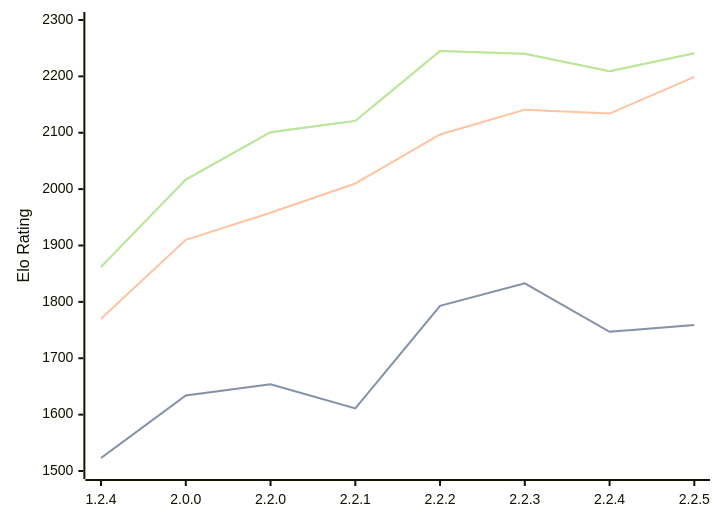
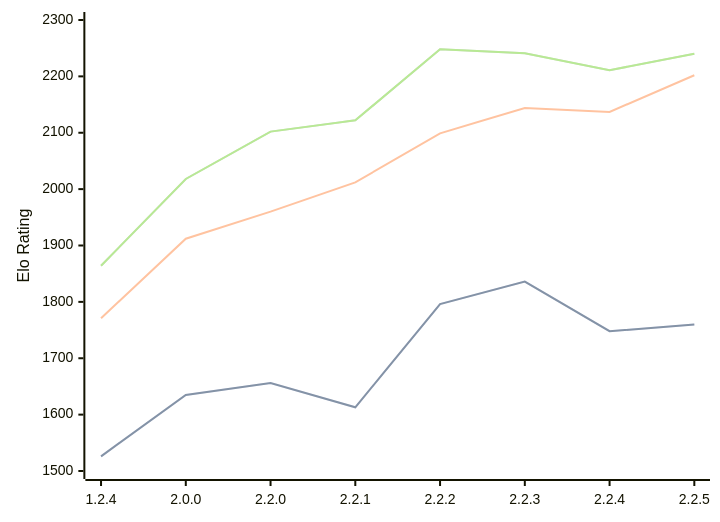
The diagram in engines/Kreveta.md (computer-chess-index/cci), drawn with Mermaid before and after one commit. The commit also changed other lines of this file, not shown here.

Commit message:
Update CCI Ratings (ELO VLTC) - 2026-03-29

````diff
--- a/engines/Kreveta.md
+++ b/engines/Kreveta.md
@@ -41,11 +41,11 @@
 ```mermaid
 %%{init: {"theme":"base","themeVariables":{"seriesColors:['#a3a3a3','#222221','#faa371']}}}%%
 xychart-beta
   x-axis ["1.2.4", "2.0.0", "2.2.0", "2.2.1", "2.2.2", "2.2.3", "2.2.4", "2.2.5"]
   y-axis "Elo Rating" 1500 --> 2300
-  line "STC (8.0+0.08s)" [1523, 1634, 1654, 1611, 1793, 1833, 1747, 1759]
-  line "STC (8.0+0.08s)" [1523, 1634, 1654, 1611, 1793, 1833, 1747, 1759]
-  line "LTC (60.0+0.60s)" [1770, 1910, 1958, 2010, 2097, 2141, 2134, 2199]
-  line "VLTC (2m24s+1.12s)" [1862, 2017, 2101, 2121, 2245, 2240, 2209, 2241]
-  line "VLTC (2m24s+1.12s)" [1862, 2017, 2101, 2121, 2245, 2240, 2209, 2241]
+  line "STC (8.0+0.08s)" [1526, 1635, 1656, 1613, 1796, 1836, 1748, 1760]
+  line "STC (8.0+0.08s)" [1526, 1635, 1656, 1613, 1796, 1836, 1748, 1760]
+  line "LTC (60.0+0.60s)" [1771, 1912, 1960, 2012, 2099, 2144, 2137, 2202]
+  line "VLTC (2m24s+1.12s)" [1864, 2018, 2102, 2122, 2248, 2241, 2211, 2240]
+  line "VLTC (2m24s+1.12s)" [1864, 2018, 2102, 2122, 2248, 2241, 2211, 2240]
 ```
````
